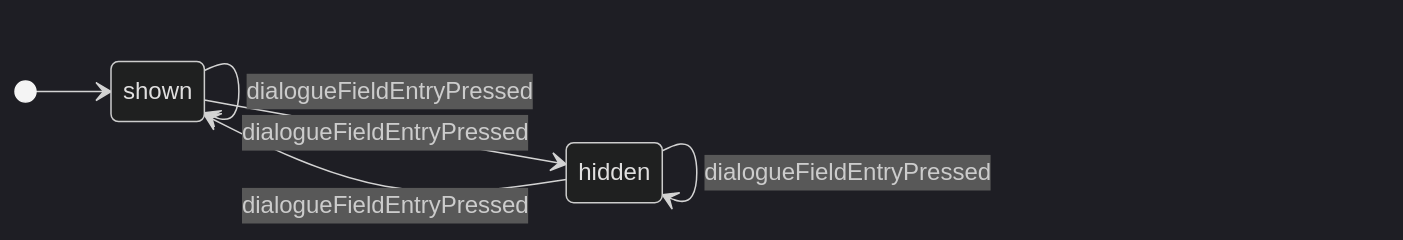
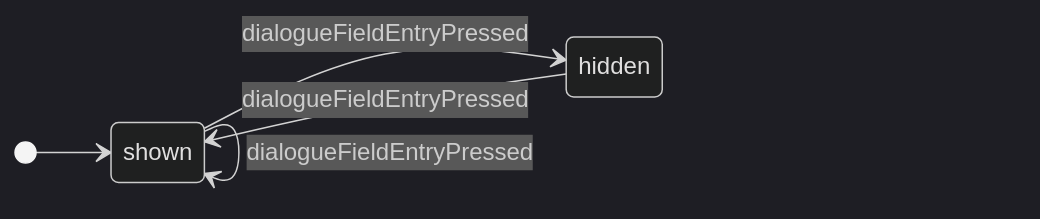
Before and after one commit to GoodRelax/gr-scheduler: the eighth of 26 diagrams in docs/spec/_assets/tbl-state-machines.md, drawn with Mermaid (dark theme). The commit also changed other lines of this file and 44 other files, not shown here.

````diff
--- a/docs/spec/_assets/tbl-state-machines.md
+++ b/docs/spec/_assets/tbl-state-machines.md
@@ -321,11 +321,10 @@
 ```mermaid
 stateDiagram-v2
     direction LR
     [*] --> dialogueFieldDisplayStateMachine_shown
     dialogueFieldDisplayStateMachine_shown : shown
     dialogueFieldDisplayStateMachine_hidden : hidden
     dialogueFieldDisplayStateMachine_shown --> dialogueFieldDisplayStateMachine_hidden : dialogueFieldEntryPressed
     dialogueFieldDisplayStateMachine_shown --> dialogueFieldDisplayStateMachine_shown : dialogueFieldEntryPressed
     dialogueFieldDisplayStateMachine_hidden --> dialogueFieldDisplayStateMachine_shown : dialogueFieldEntryPressed
-    dialogueFieldDisplayStateMachine_hidden --> dialogueFieldDisplayStateMachine_hidden : dialogueFieldEntryPressed
 ```
````
